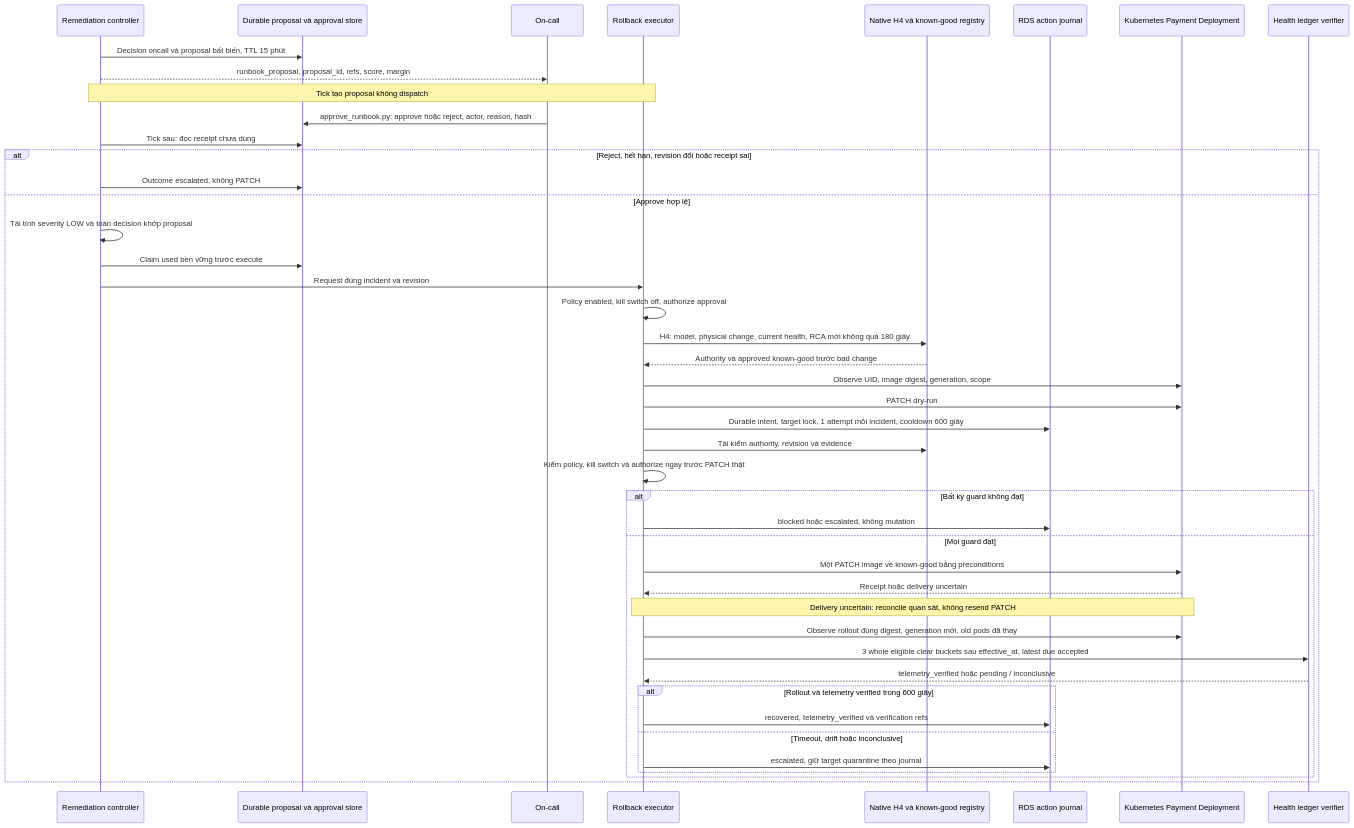
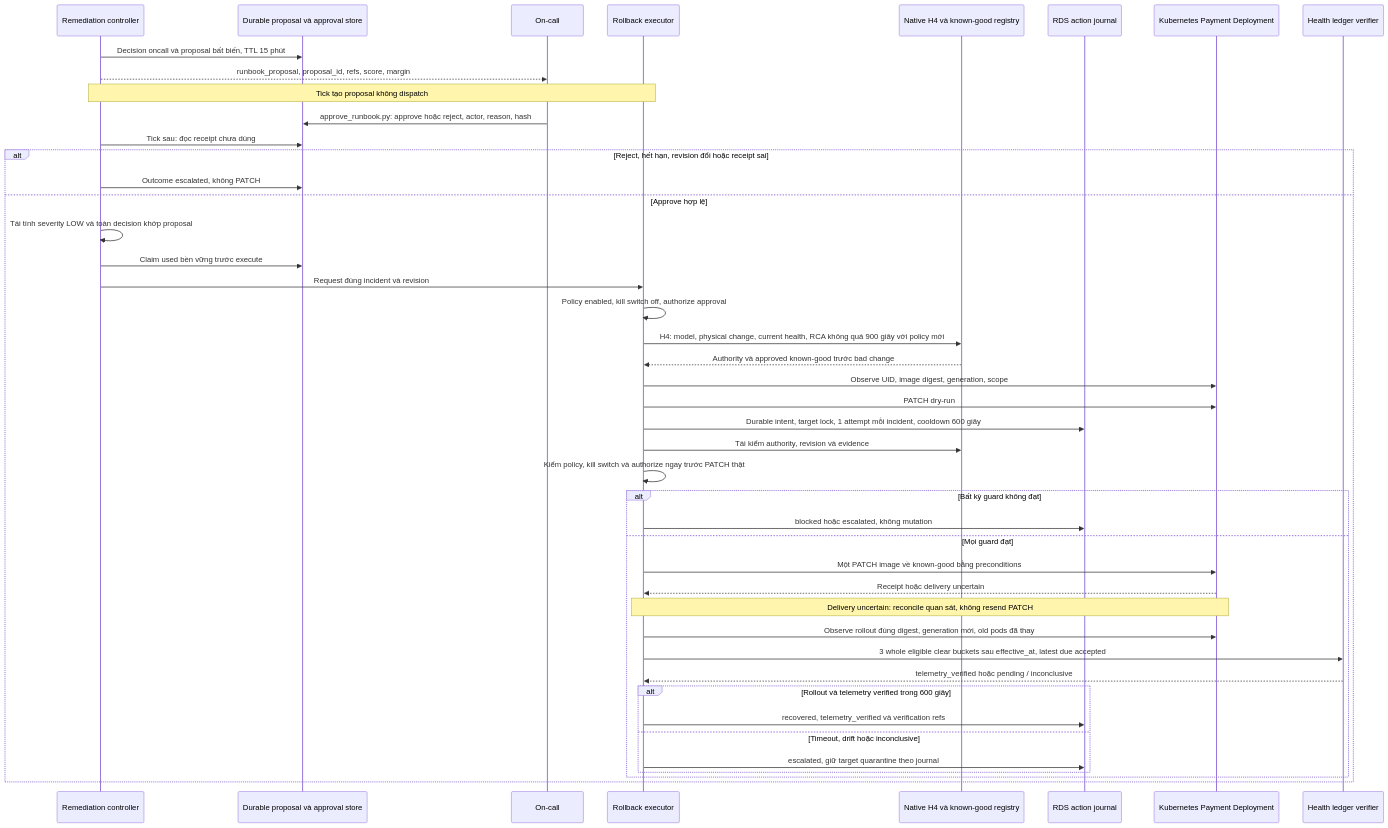
Before and after one commit to VietSory/SentinelOps: the seventh of 14 diagrams in docs/delivery/AWS_DEMO_ACCESS_AND_FLOWS.md, drawn with Mermaid. The commit also changed other lines of this file and 15 other files, not shown here.

````diff
--- a/docs/delivery/AWS_DEMO_ACCESS_AND_FLOWS.md
+++ b/docs/delivery/AWS_DEMO_ACCESS_AND_FLOWS.md
@@ -269,46 +269,46 @@
 ```mermaid
 sequenceDiagram
   participant C as Remediation controller
   participant S as Durable proposal và approval store
   participant O as On-call
   participant E as Rollback executor
   participant H as Native H4 và known-good registry
   participant J as RDS action journal
   participant K as Kubernetes Payment Deployment
   participant V as Health ledger verifier
   C->>S: Decision oncall và proposal bất biến, TTL 15 phút
   C-->>O: runbook_proposal, proposal_id, refs, score, margin
   Note over C,E: Tick tạo proposal không dispatch
   O->>S: approve_runbook.py: approve hoặc reject, actor, reason, hash
   C->>S: Tick sau: đọc receipt chưa dùng
   alt Reject, hết hạn, revision đổi hoặc receipt sai
     C->>S: Outcome escalated, không PATCH
   else Approve hợp lệ
     C->>C: Tái tính severity LOW và toàn decision khớp proposal
     C->>S: Claim used bền vững trước execute
     C->>E: Request đúng incident và revision
     E->>E: Policy enabled, kill switch off, authorize approval
-    E->>H: H4: model, physical change, current health, RCA mới không quá 180 giây
+    E->>H: H4: model, physical change, current health, RCA không quá 900 giây với policy mới
     H-->>E: Authority và approved known-good trước bad change
     E->>K: Observe UID, image digest, generation, scope
     E->>K: PATCH dry-run
     E->>J: Durable intent, target lock, 1 attempt mỗi incident, cooldown 600 giây
     E->>H: Tái kiểm authority, revision và evidence
     E->>E: Kiểm policy, kill switch và authorize ngay trước PATCH thật
     alt Bất kỳ guard không đạt
       E->>J: blocked hoặc escalated, không mutation
     else Mọi guard đạt
       E->>K: Một PATCH image về known-good bằng preconditions
       K-->>E: Receipt hoặc delivery uncertain
       Note over E,K: Delivery uncertain: reconcile quan sát, không resend PATCH
       E->>K: Observe rollout đúng digest, generation mới, old pods đã thay
       E->>V: 3 whole eligible clear buckets sau effective_at, latest due accepted
       V-->>E: telemetry_verified hoặc pending / inconclusive
       alt Rollout và telemetry verified trong 600 giây
         E->>J: recovered, telemetry_verified và verification refs
       else Timeout, drift hoặc inconclusive
         E->>J: escalated, giữ target quarantine theo journal
       end
     end
   end
 ```
````
